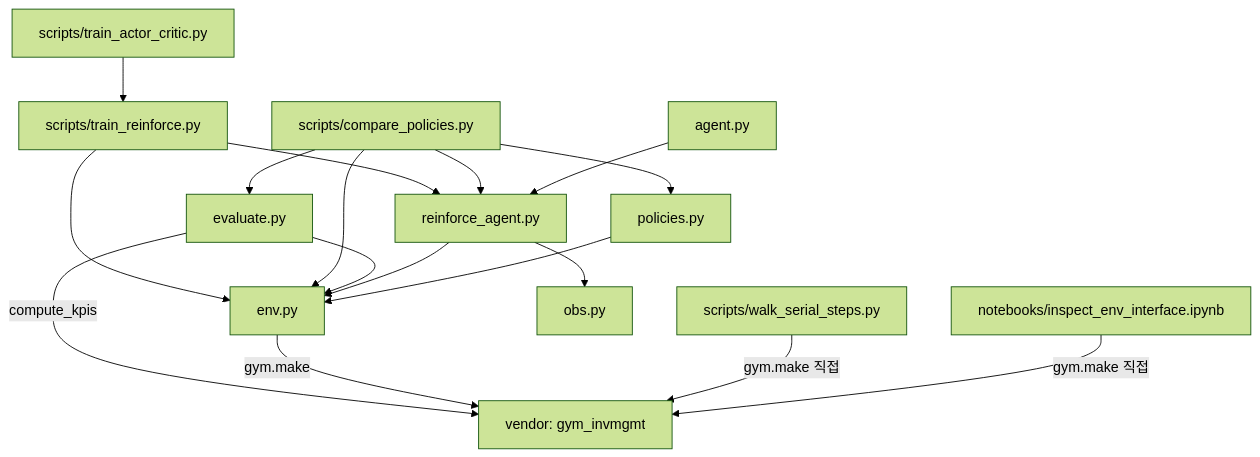
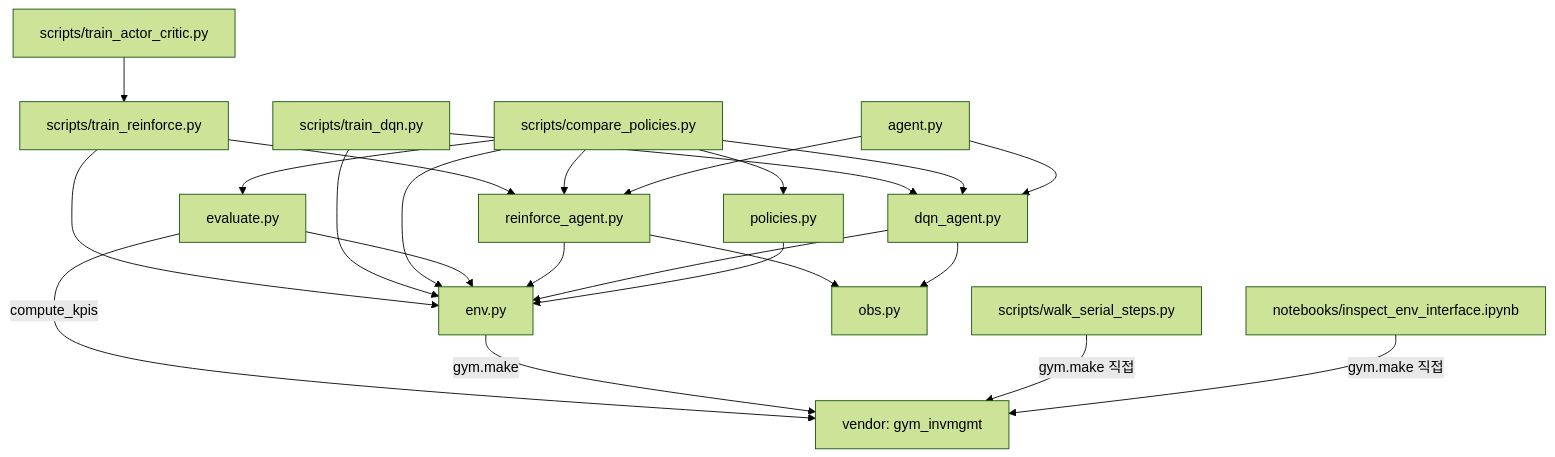
Before and after one commit to oksjjj/inventory-rl-project: the second of 2 diagrams in docs/file_structure.md, drawn with Mermaid (forest theme). The commit also changed other lines of this file and 5 other files, not shown here.

````diff
--- a/docs/file_structure.md
+++ b/docs/file_structure.md
@@ -95,34 +102,42 @@
 ```mermaid
 flowchart TB
-  train["scripts/train_reinforce.py"]
+  train_rf["scripts/train_reinforce.py"]
+  train_dqn["scripts/train_dqn.py"]
   cmp["scripts/compare_policies.py"]
   alias["scripts/train_actor_critic.py"]
   walk["scripts/walk_serial_steps.py"]
   nb["notebooks/inspect_env_interface.ipynb"]
 
   rf["reinforce_agent.py"]
+  dqn["dqn_agent.py"]
   pol["policies.py"]
   ev["evaluate.py"]
   obs["obs.py"]
   env["env.py"]
   agent["agent.py"]
 
   gym["vendor: gym_invmgmt"]
 
-  alias --> train
-  train --> rf
-  train --> env
+  alias --> train_rf
+  train_rf --> rf
+  train_rf --> env
+  train_dqn --> dqn
+  train_dqn --> env
   cmp --> rf
+  cmp --> dqn
   cmp --> pol
   cmp --> ev
   cmp --> env
   ev --> env
   ev -->|"compute_kpis"| gym
   rf --> env
   rf --> obs
+  dqn --> env
+  dqn --> obs
   pol --> env
   agent --> rf
+  agent --> dqn
   env -->|"gym.make"| gym
   walk -->|"gym.make 직접"| gym
   nb -->|"gym.make 직접"| gym
 ```
````
